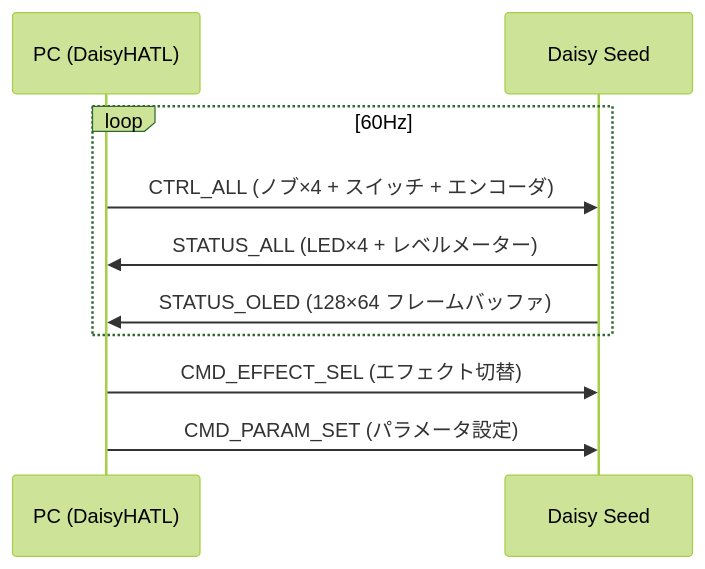
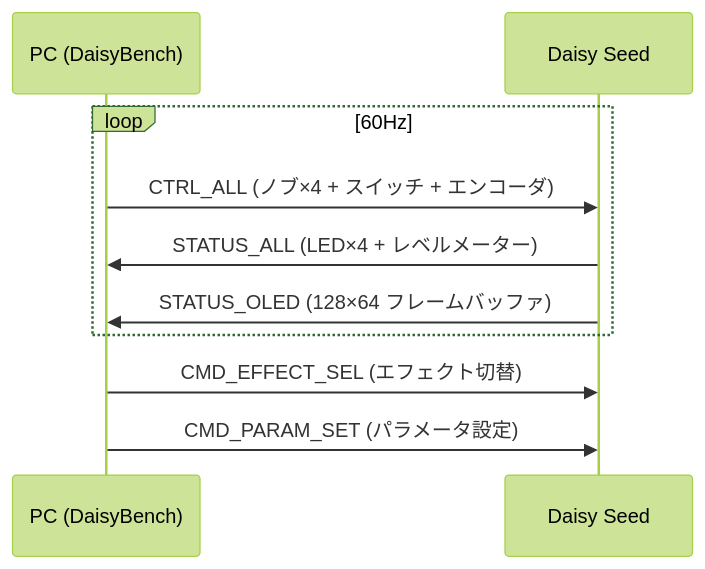
Before and after one commit to hiroyuki-s1/daisy_sim: the fourth of 7 diagrams in README.md, drawn with Mermaid (forest theme). The commit also changed other lines of this file and 241 other files, not shown here.

First line of the commit message:
Rename build modes: SITL→SIM_MODE, HATL→BENCH_MODE, FIRMWARE→PEDAL_MODE

````diff
--- a/README.md
+++ b/README.md
@@ -223,14 +223,14 @@
 ```mermaid
 sequenceDiagram
-    participant PC as PC (DaisyHATL)
+    participant PC as PC (DaisyBench)
     participant Daisy as Daisy Seed
 
     loop 60Hz
         PC->>Daisy: CTRL_ALL (ノブ×4 + スイッチ + エンコーダ)
         Daisy->>PC: STATUS_ALL (LED×4 + レベルメーター)
         Daisy->>PC: STATUS_OLED (128×64 フレームバッファ)
     end
 
     PC->>Daisy: CMD_EFFECT_SEL (エフェクト切替)
     PC->>Daisy: CMD_PARAM_SET (パラメータ設定)
 ```
````
